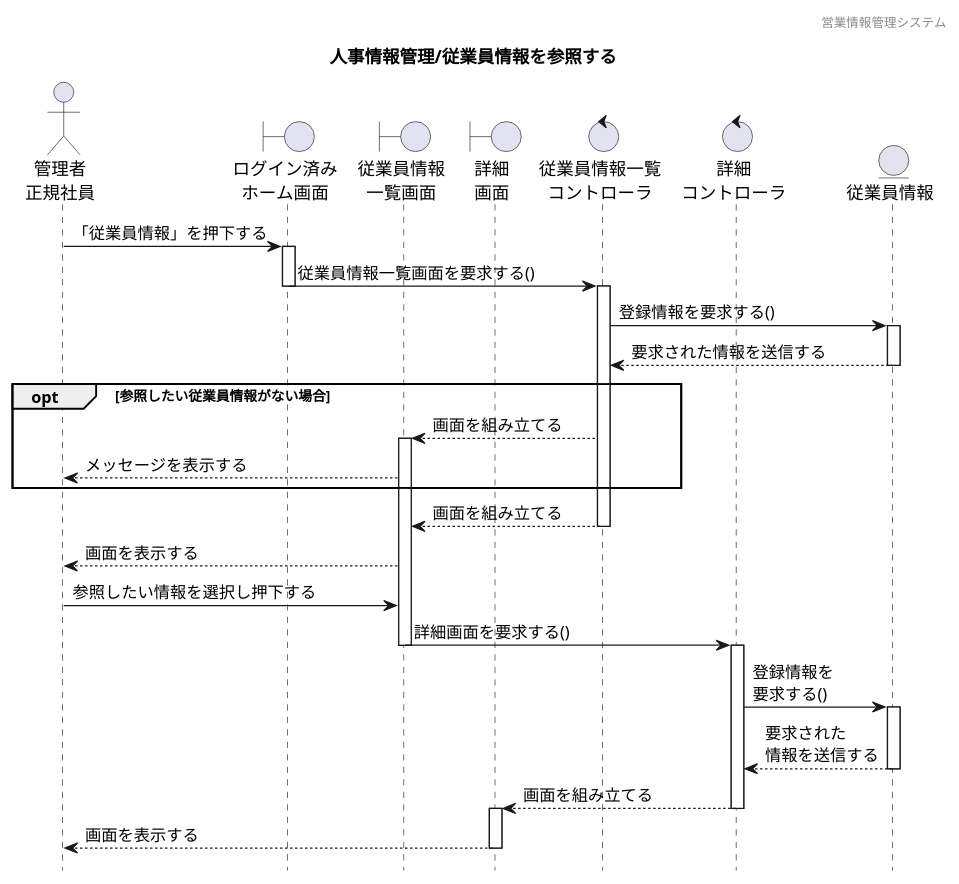
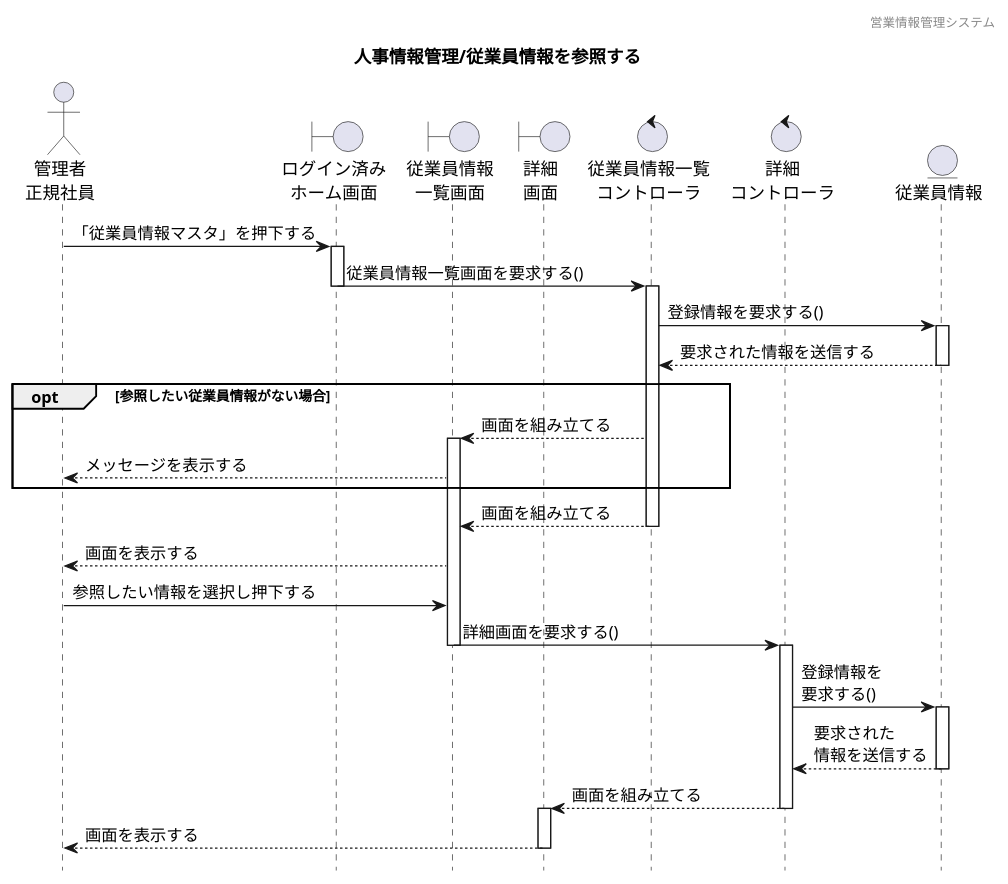
Before and after one commit to HaruShim/Sotuken: the diagram in 各種設計書/4シーケンス図/マスタ管理/1.従業員情報マスタ/従業員情報管理_参照.plantuml, drawn with PlantUML. The commit also changed 3 other files, not shown here.

```diff
--- a/各種設計書/4シーケンス図/マスタ管理/1.従業員情報マスタ/従業員情報管理_参照.plantuml
+++ b/各種設計書/4シーケンス図/マスタ管理/1.従業員情報マスタ/従業員情報管理_参照.plantuml
@@ -1,63 +1,63 @@
 @startuml ../../images/従業員情報マスタ/従業員情報管理_参照
 
 ' 下アイコン除去
 hide footbox
 ' ヘッダー
 header 営業情報管理システム
 ' タイトル
 title 人事情報管理/従業員情報を参照する
 
 
 ' actor "" as 
 actor "管理者\n正規社員" as a1
 
 ' boundary "" as 
 boundary "ログイン済み\nホーム画面" as b1
 boundary "従業員情報\n一覧画面" as b2
 boundary "詳細\n画面" as b3
 
 ' control "" as 
 control "従業員情報一覧\nコントローラ" as c1
 control "詳細\nコントローラ" as c2
 
 ' entity "" as
 entity "従業員情報" as e1
 
 
 ' ログイン済みホーム画面から一覧表示までのシーケンス
-a1 -> b1 : 「従業員情報」を押下する
+a1 -> b1 : 「従業員情報マスタ」を押下する
 activate b1
 b1 -> c1 : 従業員情報一覧画面を要求する()
 deactivate b1
 activate c1
 c1 -> e1 : 登録情報を要求する()
 activate e1
 c1 <-- e1 : 要求された情報を送信する
 deactivate e1
 
 ' 代替フロー
 opt 参照したい従業員情報がない場合
 b2 <-- c1 : 画面を組み立てる
 activate b2
 a1 <-- b2 : メッセージを表示する
 end
 
 b2 <-- c1 : 画面を組み立てる
 deactivate c1
 
 a1 <-- b2 : 画面を表示する
 a1 -> b2 : 参照したい情報を選択し押下する
 b2 -> c2 : 詳細画面を要求する()
 deactivate b2
 activate c2
 c2 -> e1 : 登録情報を\n要求する()
 activate e1
 c2 <-- e1 : 要求された\n情報を送信する
 deactivate e1
 b3 <-- c2 : 画面を組み立てる
 deactivate c2
 activate b3
 a1 <-- b3 : 画面を表示する
 deactivate b3
 
 @enduml
```
